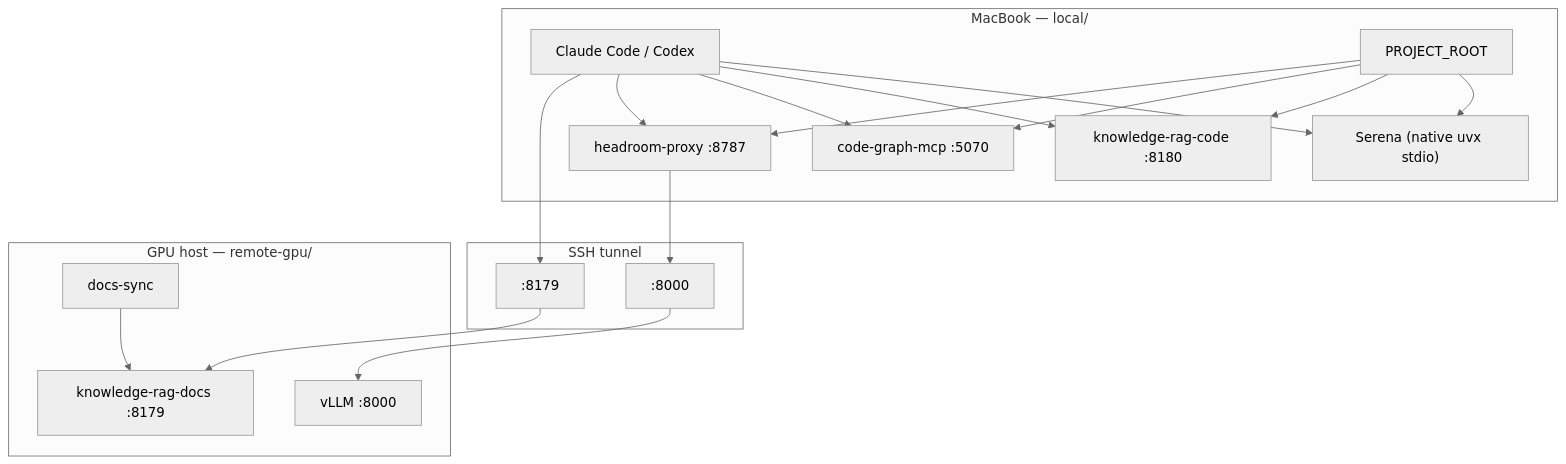
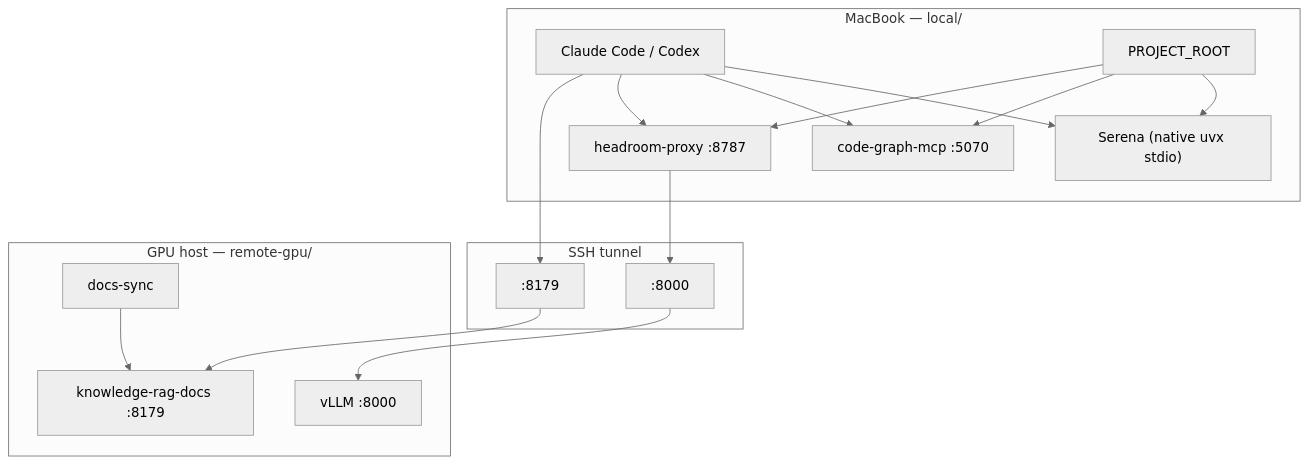
One commit to anujvns2007/hyper-agent changed the diagram in README.md. Above: the diagram before and after it, drawn with Mermaid (neutral theme). The commit also changed other lines of this file and 10 other files, not shown here.

Commit message:
remove knowledge rag and improve headroom

````diff
--- a/README.md
+++ b/README.md
@@ -9,38 +9,35 @@
 ```mermaid
 flowchart TB
   subgraph mac["MacBook — local/"]
     IDE["Claude Code / Codex"]
     SER["Serena (native uvx stdio)"]
     HR["headroom-proxy :8787"]
-    KRC["knowledge-rag-code :8180"]
     REPO["PROJECT_ROOT"]
     CG["code-graph-mcp :5070"]
 
     REPO --> SER
-    REPO --> KRC
     REPO --> CG
     REPO --> HR
     IDE --> SER
-    IDE --> KRC
     IDE --> CG
     IDE --> HR
   end
 
   subgraph tunnel["SSH tunnel"]
     T8000[":8000"]
     T8179[":8179"]
   end
 
   subgraph gpu["GPU host — remote-gpu/"]
     VLLM["vLLM :8000"]
     KRD["knowledge-rag-docs :8179"]
     SYNC["docs-sync"]
 
     SYNC --> KRD
   end
 
   HR --> T8000
   IDE --> T8179
   T8000 --> VLLM
   T8179 --> KRD
 ```
````
